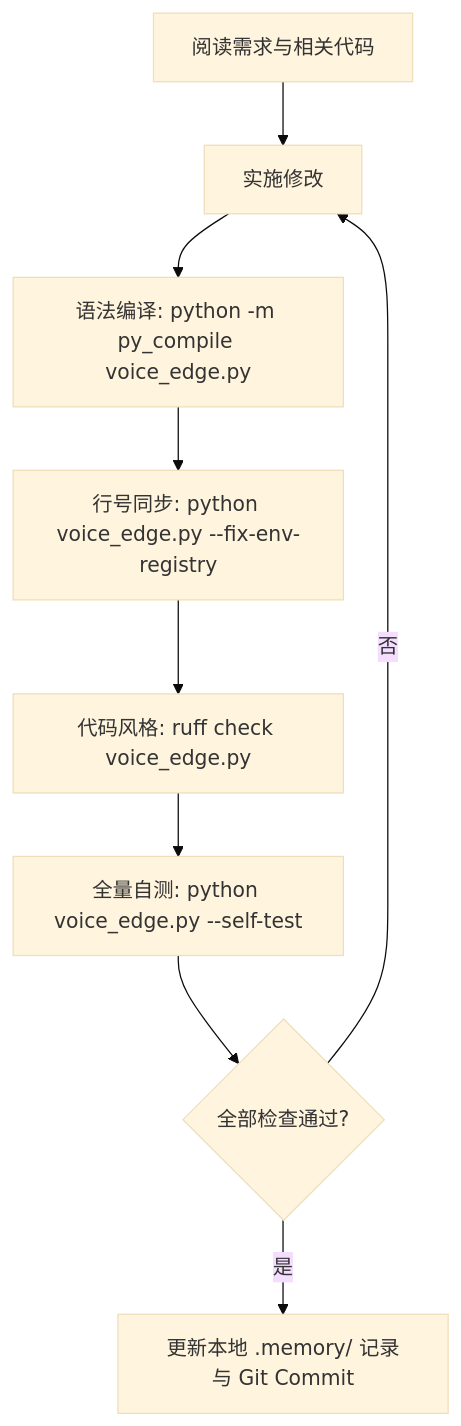
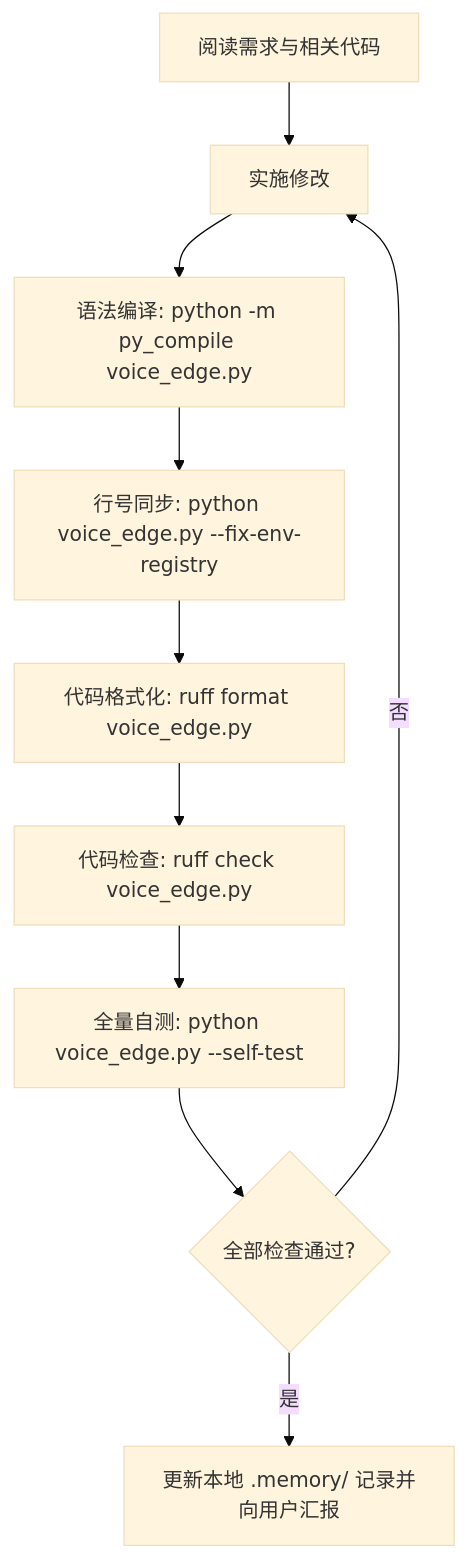
One commit to woniuzfb/voice-edge changed the diagram in AGENTS.md. Above: the diagram before and after it, drawn with Mermaid (base theme). The commit also changed other lines of this file and 1 other file, not shown here.

First line of the commit message:
fix(tts): patch edge-tts endpoint to api.msedgeservices.com and pre-bind m365 conversation

````diff
--- a/AGENTS.md
+++ b/AGENTS.md
@@ -91,11 +81,12 @@
 ```mermaid
 flowchart TD
     A[阅读需求与相关代码] --> B[实施修改]
     B --> C[语法编译: python -m py_compile voice_edge.py]
     C --> D[行号同步: python voice_edge.py --fix-env-registry]
-    D --> E[代码风格: ruff check voice_edge.py]
-    E --> F[全量自测: python voice_edge.py --self-test]
-    F --> G{全部检查通过?}
-    G -- 否 --> B
-    G -- 是 --> H[更新本地 .memory/ 记录与 Git Commit]
+    D --> E[代码格式化: ruff format voice_edge.py]
+    E --> F[代码检查: ruff check voice_edge.py]
+    F --> G[全量自测: python voice_edge.py --self-test]
+    G --> H{全部检查通过?}
+    H -- 否 --> B
+    H -- 是 --> I[更新本地 .memory/ 记录并向用户汇报]
 ```
````
